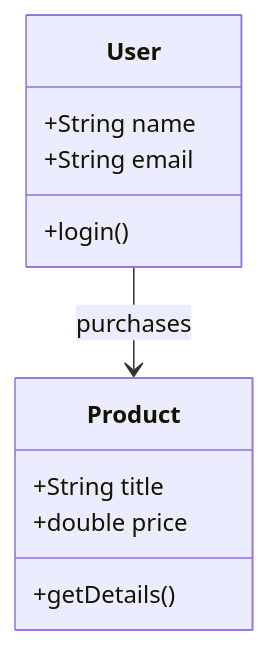
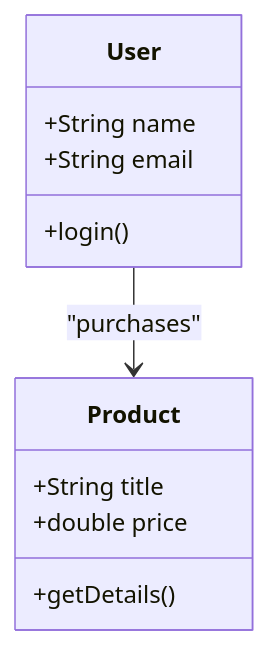
One commit to 42jerrykim/42jerrykim.github.io changed the ninth of 19 diagrams in content/post/2024/2024-08-27-c4-model/index.md. Above: the diagram before and after it, drawn with Mermaid. The commit also changed other lines of this file and 239 other files, not shown here.

````diff
--- a/content/post/2024/2024-08-27-c4-model/index.md
+++ b/content/post/2024/2024-08-27-c4-model/index.md
@@ -325,14 +277,14 @@
 ```mermaid
 classDiagram
     class User {
         +String name
         +String email
         +login()
     }
     class Product {
         +String title
         +double price
         +getDetails()
     }
-    User --> Product : purchases
+    User --> Product : "purchases"
 ```
````
